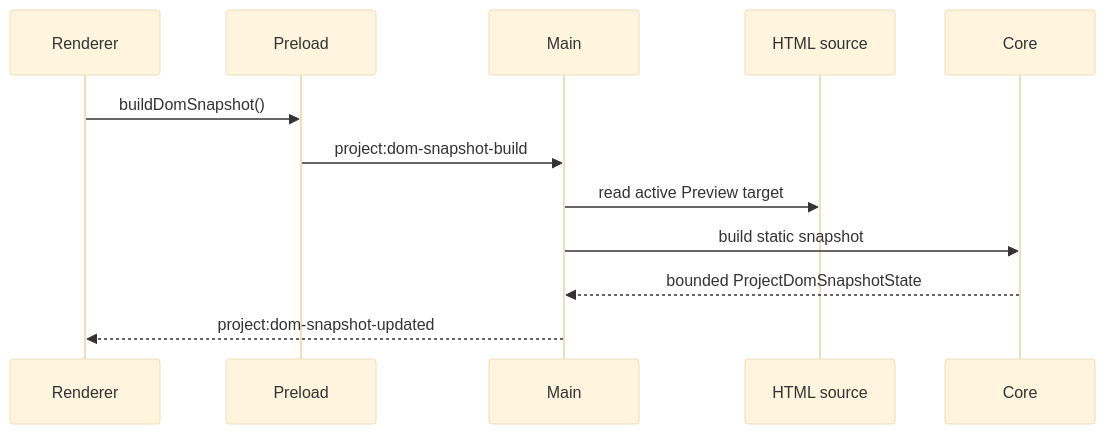
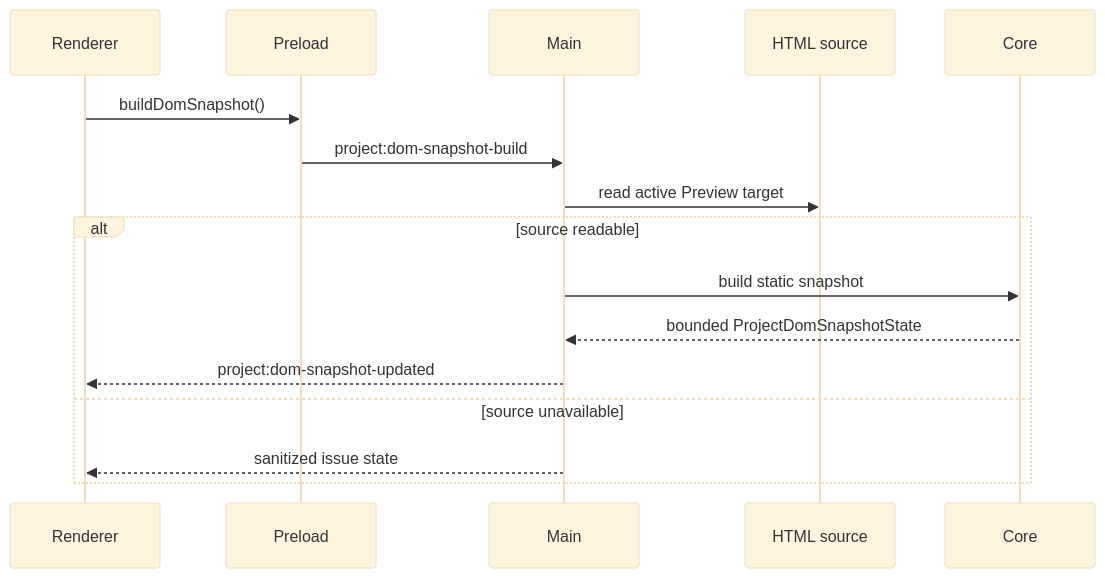
One commit to krestosa/Crystal changed the diagram in docs/architecture/flows/dom-snapshot-flow.md. Above: the diagram before and after it, drawn with Mermaid (base theme). The commit also changed other lines of this file and 21 other files, not shown here.

Commit message:
Add richer architecture diagrams and state flows

````diff
--- a/docs/architecture/flows/dom-snapshot-flow.md
+++ b/docs/architecture/flows/dom-snapshot-flow.md
@@ -15,15 +66,19 @@
 ```mermaid
 sequenceDiagram
   participant Renderer
   participant Preload
   participant Main
   participant Source as HTML source
   participant Core
 
   Renderer->>Preload: buildDomSnapshot()
   Preload->>Main: project:dom-snapshot-build
   Main->>Source: read active Preview target
-  Main->>Core: build static snapshot
-  Core-->>Main: bounded ProjectDomSnapshotState
-  Main-->>Renderer: project:dom-snapshot-updated
+  alt source readable
+    Main->>Core: build static snapshot
+    Core-->>Main: bounded ProjectDomSnapshotState
+    Main-->>Renderer: project:dom-snapshot-updated
+  else source unavailable
+    Main-->>Renderer: sanitized issue state
+  end
 ```
````
